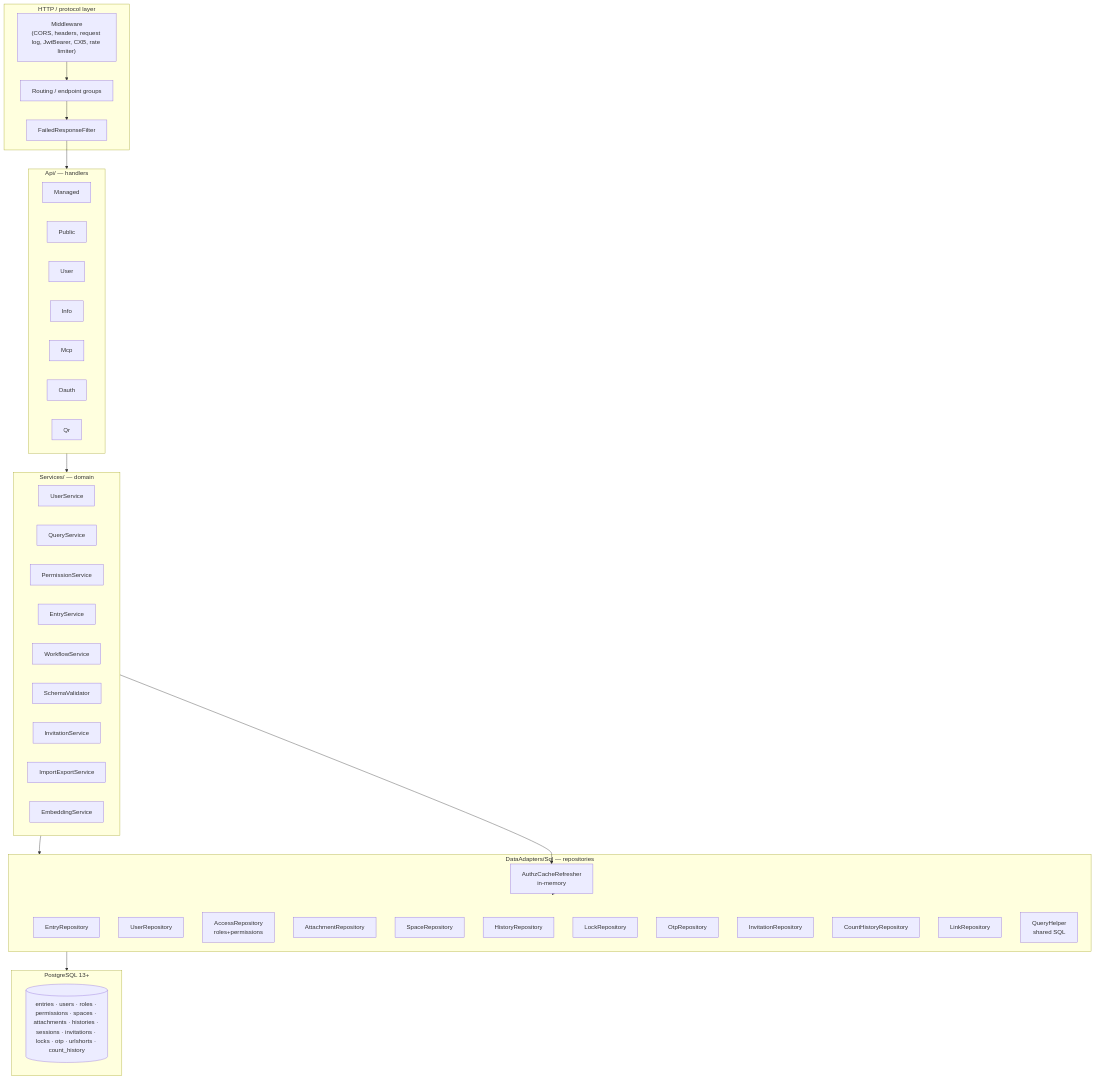
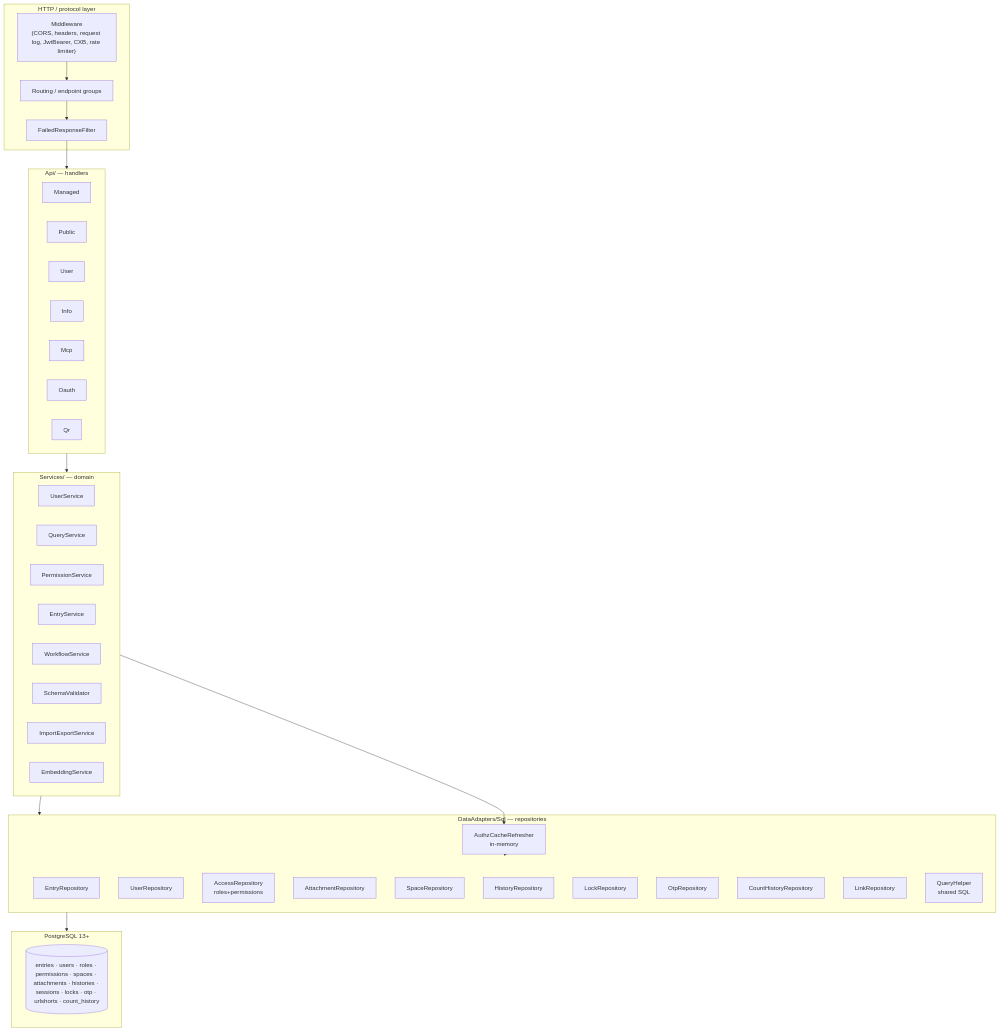
The second of 4 diagrams in docs/architecture.md (saifsaeedr/saif-csdmart), drawn with Mermaid before and after one commit. The commit also changed other lines of this file and 6 other files, not shown here.

````diff
--- a/docs/architecture.md
+++ b/docs/architecture.md
@@ -55,59 +55,57 @@
 ```mermaid
 flowchart TD
     subgraph HTTP[HTTP / protocol layer]
         Middleware["Middleware<br/>(CORS, headers, request log, JwtBearer, CXB, rate limiter)"]
         Routing[Routing / endpoint groups]
         Filter[FailedResponseFilter]
     end
 
     subgraph Api[Api/ — handlers]
         Managed[Managed]
         Public[Public]
         User[User]
         Info[Info]
         Mcp[Mcp]
         Oauth[Oauth]
         Qr[Qr]
     end
 
     subgraph Domain[Services/ — domain]
         UserSvc[UserService]
         QuerySvc[QueryService]
         PermSvc[PermissionService]
         EntrySvc[EntryService]
         WorkflowSvc[WorkflowService]
         SchemaVal[SchemaValidator]
-        Invitation[InvitationService]
         ImportExport[ImportExportService]
         Embedding[EmbeddingService]
     end
 
     subgraph Data[DataAdapters/Sql — repositories]
         EntryRepo[EntryRepository]
         UserRepo[UserRepository]
         AccessRepo[AccessRepository<br/>roles+permissions]
         AttachRepo[AttachmentRepository]
         SpaceRepo[SpaceRepository]
         HistRepo[HistoryRepository]
         LockRepo[LockRepository]
         OtpRepo[OtpRepository]
-        InvRepo[InvitationRepository]
         CntRepo[CountHistoryRepository]
         LinkRepo[LinkRepository]
         Cache[AuthzCacheRefresher<br/>in-memory]
         QHelp[QueryHelper<br/>shared SQL]
     end
 
     subgraph PG["PostgreSQL 13+"]
-        Tables[("entries · users · roles · permissions · spaces · attachments · histories · sessions · invitations · locks · otp · urlshorts · count_history")]
+        Tables[("entries · users · roles · permissions · spaces · attachments · histories · sessions · locks · otp · urlshorts · count_history")]
     end
 
     Middleware --> Routing
     Routing --> Filter
     Filter --> Api
     Api --> Domain
     Domain --> Data
     Data --> PG
     Domain --> Cache
     Cache --> Data
 ```
````
